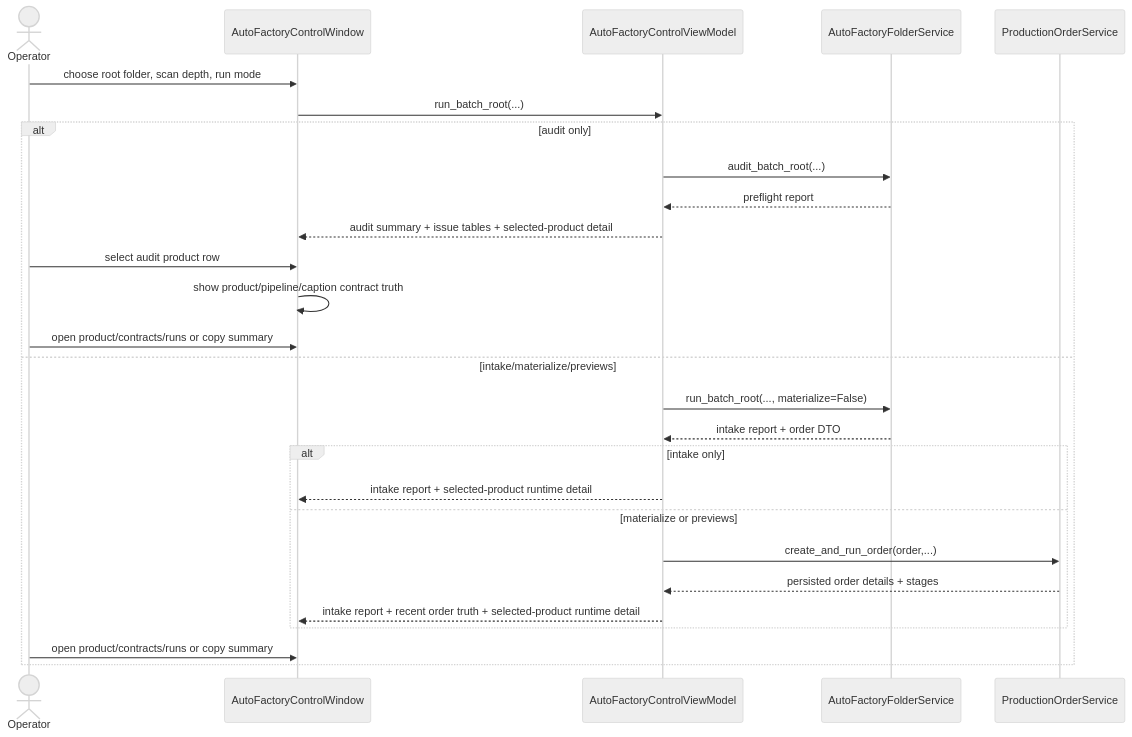
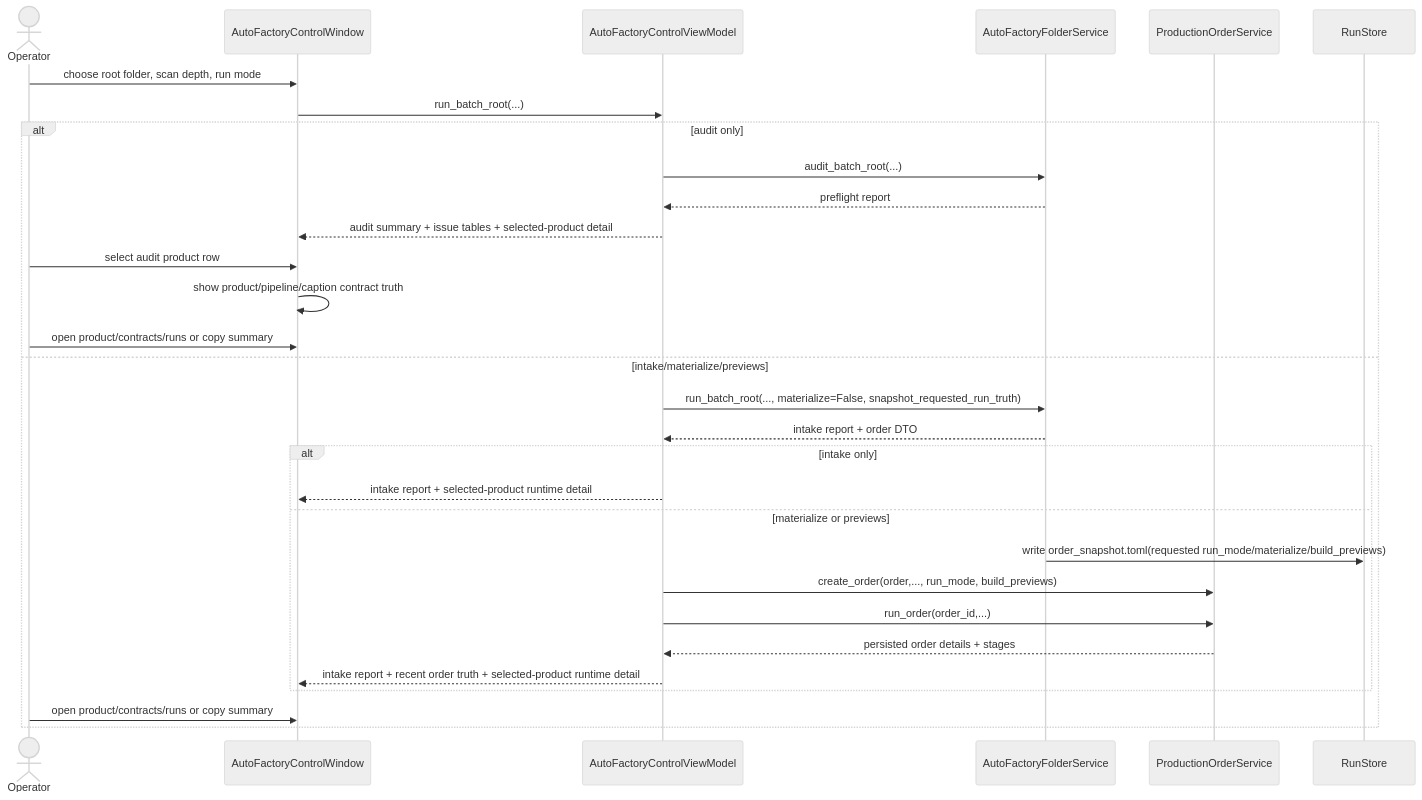
Before and after one commit to idev006/MTClipFactory: the seventh of 35 diagrams in doc/10_UML_System_Overview.md, drawn with Mermaid (neutral theme). The commit also changed 14 other files, not shown here.

Commit message:
Harden auto factory snapshot truth and foreground balance

````diff
--- a/doc/10_UML_System_Overview.md
+++ b/doc/10_UML_System_Overview.md
@@ -707,30 +707,32 @@
 ```mermaid
 sequenceDiagram
     actor Operator
     participant View as AutoFactoryControlWindow
     participant VM as AutoFactoryControlViewModel
     participant FolderSvc as AutoFactoryFolderService
     participant OrderSvc as ProductionOrderService
 
     Operator->>View: choose root folder, scan depth, run mode
     View->>VM: run_batch_root(...)
     alt audit only
         VM->>FolderSvc: audit_batch_root(...)
         FolderSvc-->>VM: preflight report
         VM-->>View: audit summary + issue tables + selected-product detail
         Operator->>View: select audit product row
         View->>View: show product/pipeline/caption contract truth
         Operator->>View: open product/contracts/runs or copy summary
     else intake/materialize/previews
-        VM->>FolderSvc: run_batch_root(..., materialize=False)
+        VM->>FolderSvc: run_batch_root(..., materialize=False, snapshot_requested_run_truth)
         FolderSvc-->>VM: intake report + order DTO
         alt intake only
             VM-->>View: intake report + selected-product runtime detail
         else materialize or previews
-            VM->>OrderSvc: create_and_run_order(order,...)
+            FolderSvc->>RunStore: write order_snapshot.toml(requested run_mode/materialize/build_previews)
+            VM->>OrderSvc: create_order(order,..., run_mode, build_previews)
+            VM->>OrderSvc: run_order(order_id,...)
             OrderSvc-->>VM: persisted order details + stages
             VM-->>View: intake report + recent order truth + selected-product runtime detail
         end
         Operator->>View: open product/contracts/runs or copy summary
     end
 ```
````
